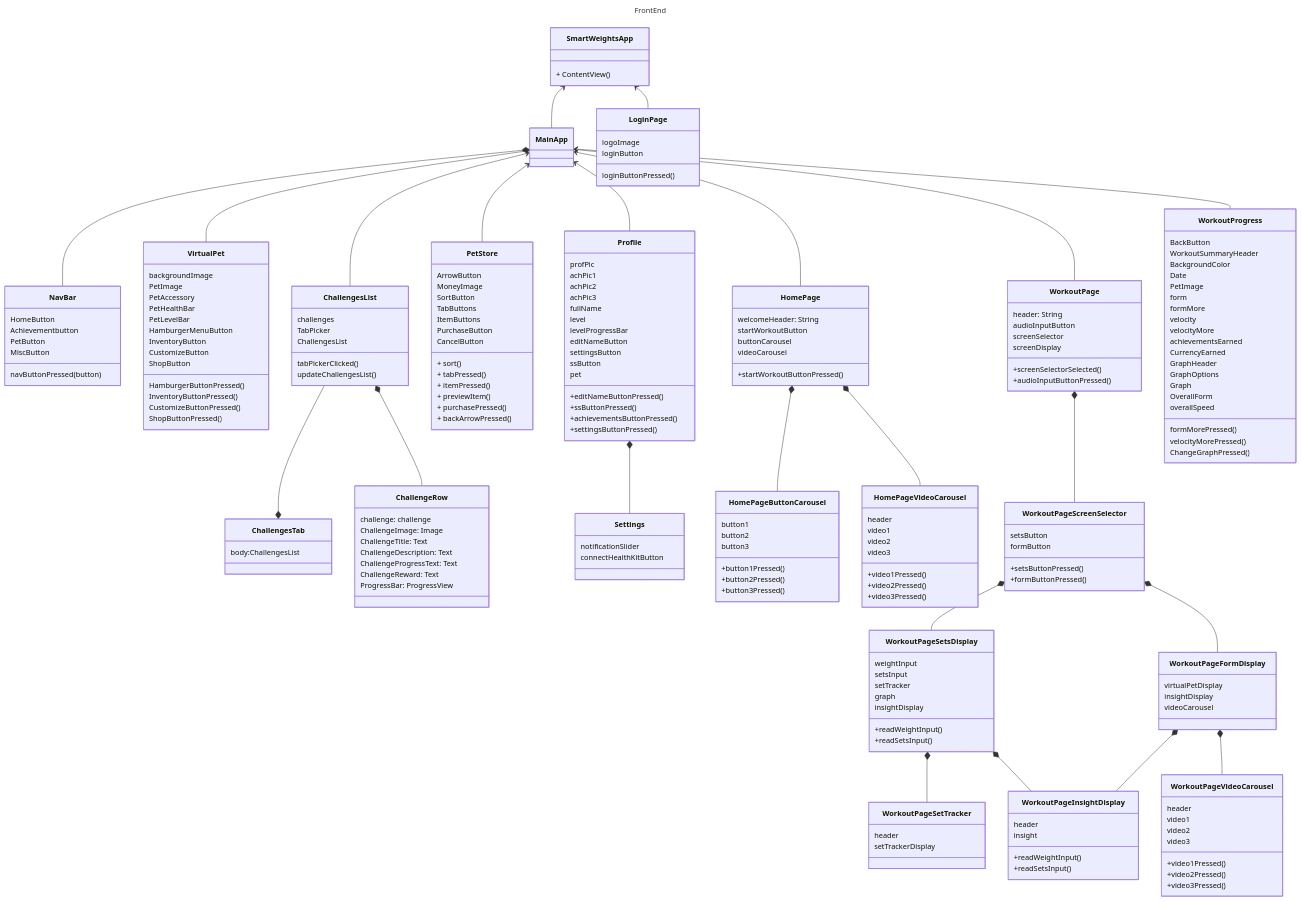
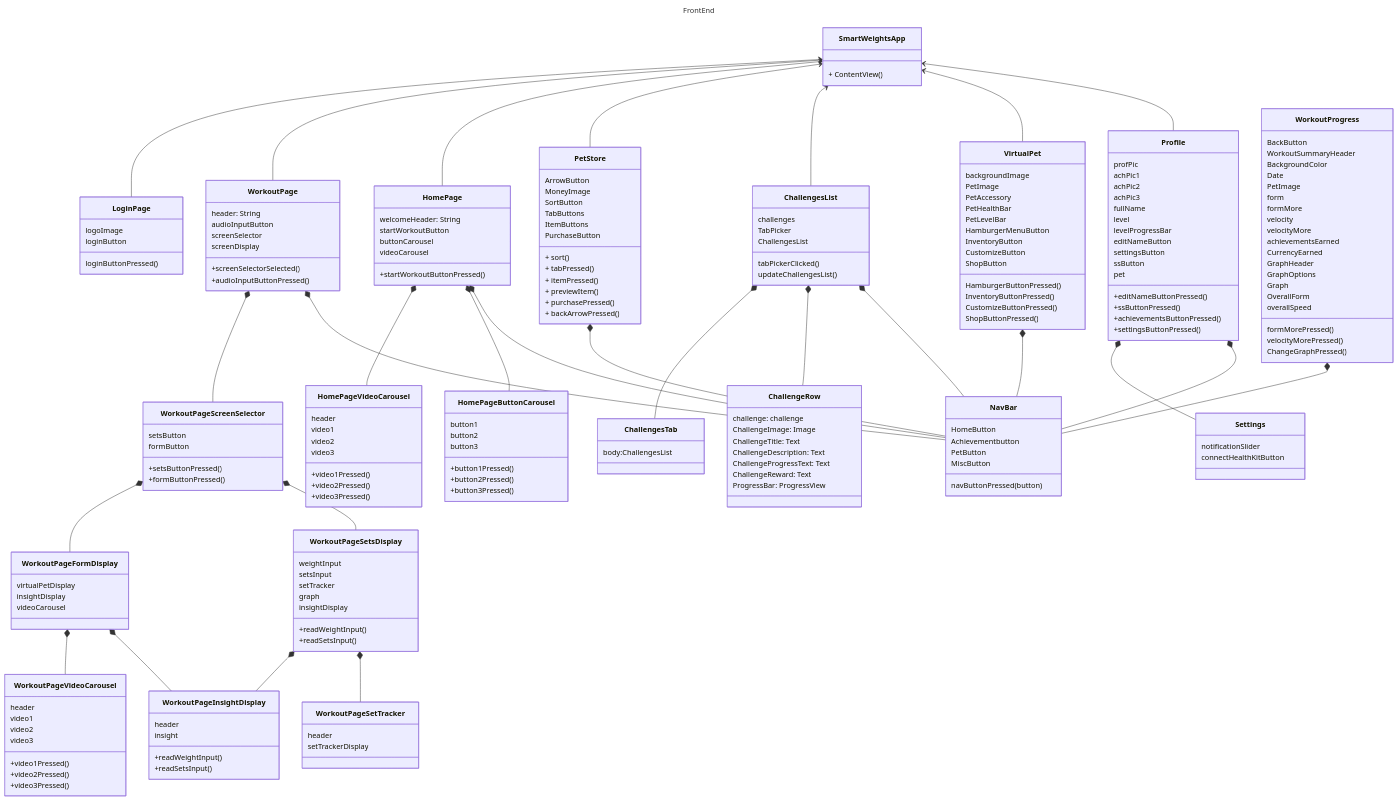
Before and after one commit to Capstone-Projects-2024-Spring/project-smartweights: the first of 2 diagrams in documentation/docs/system-architecture/class-diagram.md, drawn with Mermaid.

````diff
--- a/documentation/docs/system-architecture/class-diagram.md
+++ b/documentation/docs/system-architecture/class-diagram.md
@@ -12,21 +12,12 @@
    class SmartWeightsApp{
     + ContentView()
    }
-   class MainApp{
-
-   }
    class LoginPage{
     logoImage
     loginButton
     loginButtonPressed()
    }
-    class NavBar{
-    HomeButton
-    Achievementbutton
-    PetButton
-    MiscButton
-    navButtonPressed(button)
-   }
+   
    class VirtualPet{
     backgroundImage
     PetImage
@@ -69,7 +60,7 @@
     TabButtons
     ItemButtons
     PurchaseButton
-    CancelButton
+    %% CancelButton
     + sort()
     + tabPressed()
     + itemPressed()
@@ -154,6 +145,7 @@
         insightDisplay
         videoCarousel
     }
+    
     class WorkoutPageSetTracker{
         header
         setTrackerDisplay
@@ -174,6 +166,13 @@
         +video3Pressed()
 
     }
+     class NavBar{
+    HomeButton
+    Achievementbutton
+    PetButton
+    MiscButton
+    navButtonPressed(button)
+   }
     class WorkoutProgress{
         BackButton
         WorkoutSummaryHeader
@@ -196,24 +195,33 @@
         ChangeGraphPressed()
 
     }
-   
+    
+  
+
+    SmartWeightsApp <-- Profile
+    SmartWeightsApp <-- VirtualPet
+    SmartWeightsApp <-- ChallengesList
+    SmartWeightsApp <-- PetStore
+    SmartWeightsApp <-- HomePage
+    SmartWeightsApp <-- WorkoutPage
+     
     SmartWeightsApp <-- LoginPage
-    SmartWeightsApp <-- MainApp
-    %% SmartWeightsApp <-- Profile
-    %% SmartWeightsApp <-- VirtualPet
-    %% SmartWeightsApp <-- ChallengesList
-    %% SmartWeightsApp <-- PetStore
-    %% SmartWeightsApp <-- HomePage
-    %% SmartWeightsApp <-- WorkoutPage
-    MainApp *-- NavBar
-    MainApp <-- Profile
-    MainApp <-- VirtualPet
-    MainApp <-- ChallengesList
-    MainApp <-- PetStore
-    MainApp <-- HomePage
-    MainApp <-- WorkoutPage
-    MainApp <-- WorkoutProgress
-
+    %% MainApp *-- NavBar
+    
+    %% NavBar --* Profile
+    %% NavBar --* VirtualPet
+    %% NavBar --* ChallengesList
+    %% NavBar --* PetStore
+    %% NavBar --* HomePage
+    %% NavBar --* WorkoutPage
+    %% NavBar --* WorkoutProgress
+        Profile *-- NavBar
+        VirtualPet *-- NavBar
+        ChallengesList *-- NavBar
+        PetStore *-- NavBar
+        HomePage *-- NavBar
+        WorkoutPage *-- NavBar
+        WorkoutProgress *-- NavBar
     
     %% NavBar --o Profile
     %% NavBar --o VirtualPet
@@ -237,7 +245,6 @@
     
    
     ChallengesList *-- ChallengeRow
-    ChallengesList --* ChallengesTab
+    ChallengesList *-- ChallengesTab
     
-
 ```
````
